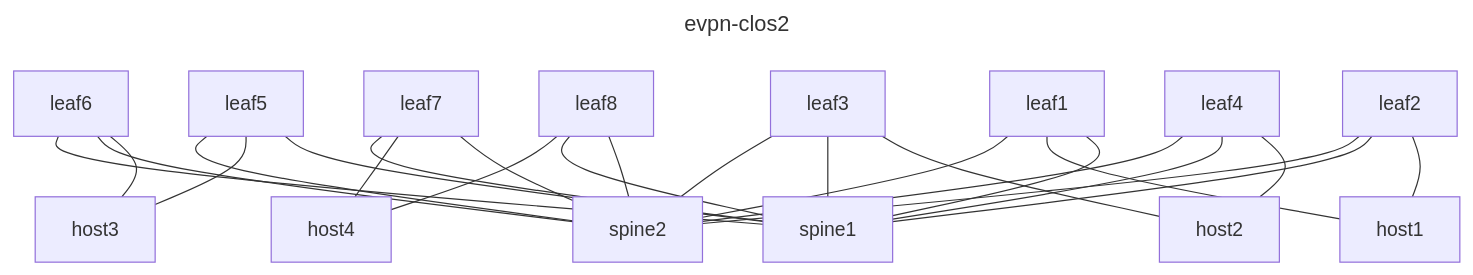
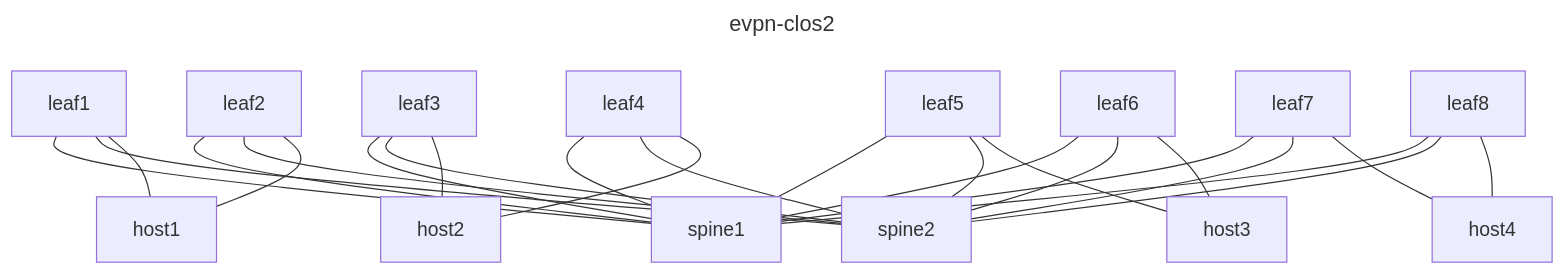
The diagram in images/srl-evpn-clos2.clab.mermaid (jryburn/kentik-ac4-lab), drawn with Mermaid before and after one commit. The commit also changed other lines of this file, not shown here.

Commit message:
Reorder nodes in srl-evpn-clos2.clab.mermaid

```diff
--- a/images/srl-evpn-clos2.clab.mermaid
+++ b/images/srl-evpn-clos2.clab.mermaid
@@ -1,28 +1,28 @@
 ---
 title: evpn-clos2
 ---
 graph TD
-  leaf5---spine1
-  leaf8---spine2
-  leaf2---host1
-  leaf3---host2
-  leaf5---host3
-  leaf6---host3
+  leaf1---spine1
+  leaf1---spine2
+  leaf1---host1
   leaf2---spine1
   leaf2---spine2
-  leaf8---spine1
-  leaf7---spine2
-  leaf4---host2
-  leaf7---host4
-  leaf8---host4
-  leaf1---spine1
-  leaf6---spine2
-  leaf7---spine1
+  leaf2---host1
+  leaf3---spine1
+  leaf3---spine2
+  leaf3---host2
   leaf4---spine1
   leaf4---spine2
+  leaf4---host2
+  leaf5---spine1
   leaf5---spine2
+  leaf5---host3
   leaf6---spine1
-  leaf1---host1
-  leaf1---spine2
-  leaf3---spine1
-  leaf3---spine2
+  leaf6---spine2
+  leaf6---host3
+  leaf7---spine1
+  leaf7---spine2
+  leaf7---host4
+  leaf8---spine1
+  leaf8---spine2
+  leaf8---host4
```
